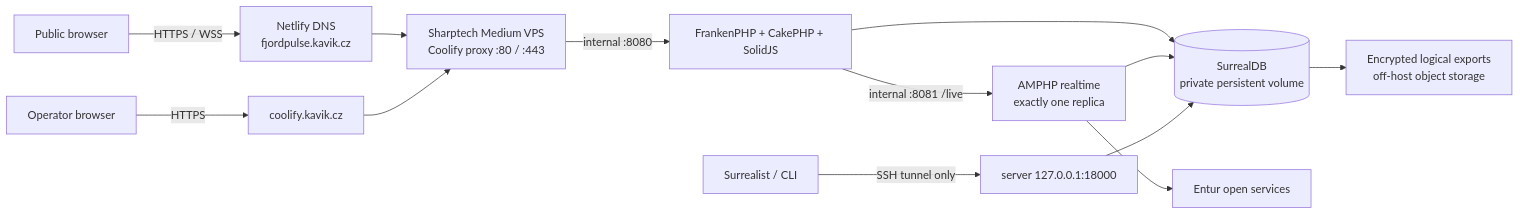
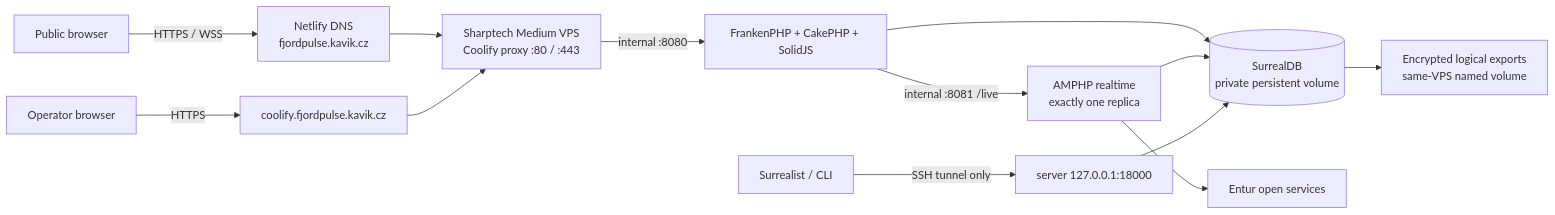
The diagram in docs/PRODUCTION_DEPLOYMENT_PLAN.md (MartinKavik/FjordPulse), drawn with Mermaid before and after one commit. The commit also changed other lines of this file and 16 other files, not shown here.

Commit message:
feat: add same-host demo backup policy

````diff
--- a/docs/PRODUCTION_DEPLOYMENT_PLAN.md
+++ b/docs/PRODUCTION_DEPLOYMENT_PLAN.md
@@ -23,15 +22,15 @@
 ```mermaid
 flowchart LR
     User["Public browser"] -->|"HTTPS / WSS"| DNS["Netlify DNS<br/>fjordpulse.kavik.cz"]
     DNS --> Proxy["Sharptech Medium VPS<br/>Coolify proxy :80 / :443"]
-    Operator["Operator browser"] -->|"HTTPS"| Control["coolify.kavik.cz"]
+    Operator["Operator browser"] -->|"HTTPS"| Control["coolify.fjordpulse.kavik.cz"]
     Control --> Proxy
     Proxy -->|"internal :8080"| App["FrankenPHP + CakePHP + SolidJS"]
     App -->|"internal :8081 /live"| Realtime["AMPHP realtime<br/>exactly one replica"]
     App --> DB[("SurrealDB<br/>private persistent volume")]
     Realtime --> DB
     Realtime --> Entur["Entur open services"]
     Workstation["Surrealist / CLI"] -->|"SSH tunnel only"| Loopback["server 127.0.0.1:18000"]
     Loopback --> DB
-    DB --> Backup["Encrypted logical exports<br/>off-host object storage"]
+    DB --> Backup["Encrypted logical exports<br/>same-VPS named volume"]
 ```
````
